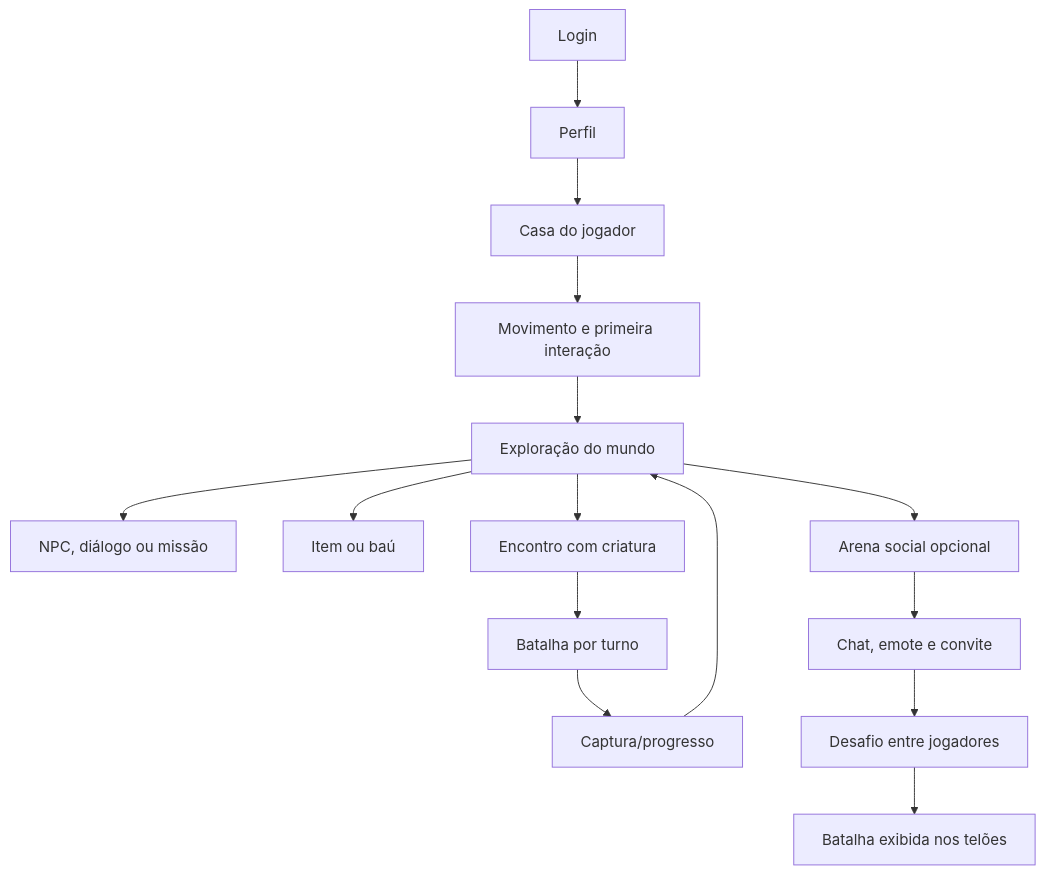
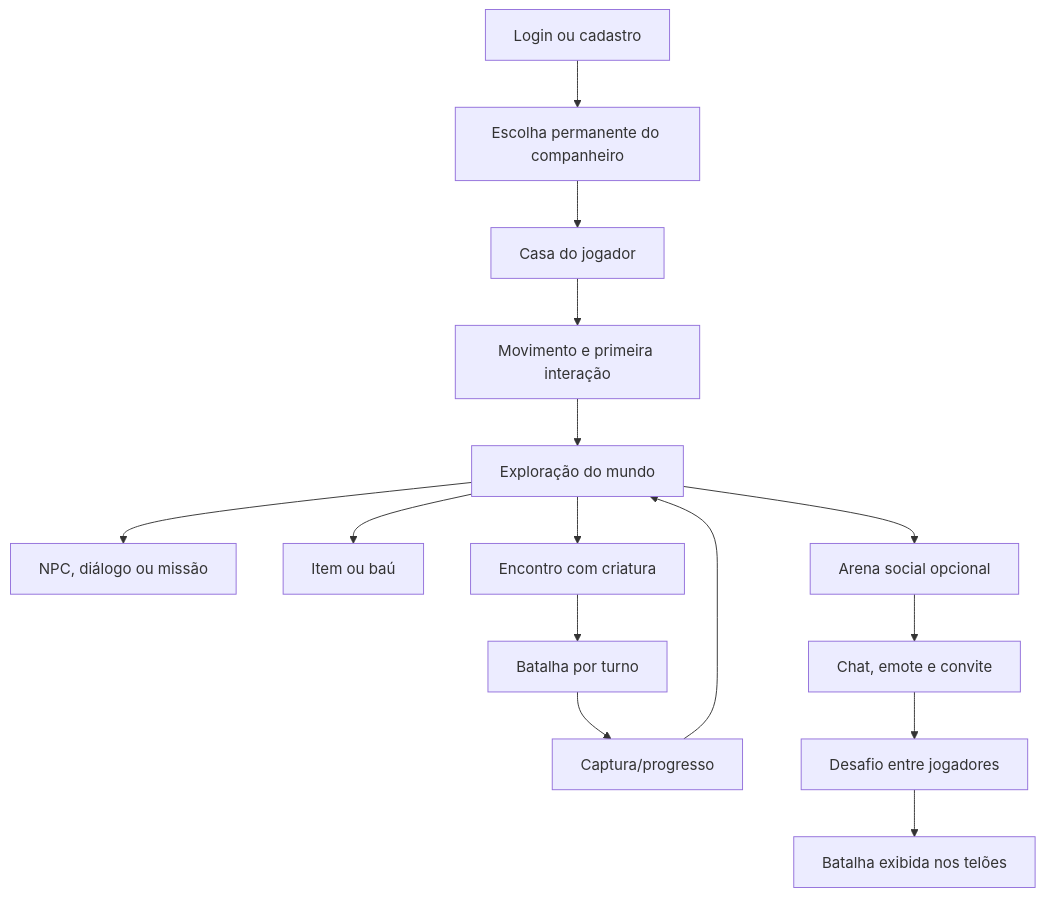
One commit to lujhe4ever/jogopokemoncnx changed the first of 2 diagrams in docs/game-design.md. Above: the diagram before and after it, drawn with Mermaid. The commit also changed other lines of this file and 19 other files, not shown here.

````diff
--- a/docs/game-design.md
+++ b/docs/game-design.md
@@ -67,17 +67,17 @@
 ```mermaid
 flowchart TD
-    LOGIN["Login"] --> PROFILE["Perfil"]
-    PROFILE --> HOME["Casa do jogador"]
+    LOGIN["Login ou cadastro"] --> STARTER["Escolha permanente do companheiro"]
+    STARTER --> HOME["Casa do jogador"]
     HOME --> TUTORIAL["Movimento e primeira interação"]
     TUTORIAL --> WORLD["Exploração do mundo"]
     WORLD --> NPC["NPC, diálogo ou missão"]
     WORLD --> LOOT["Item ou baú"]
     WORLD --> ENCOUNTER["Encontro com criatura"]
     ENCOUNTER --> BATTLE["Batalha por turno"]
     BATTLE --> CAPTURE["Captura/progresso"]
     CAPTURE --> WORLD
     WORLD --> ARENA["Arena social opcional"]
     ARENA --> SOCIAL["Chat, emote e convite"]
     SOCIAL --> PVP["Desafio entre jogadores"]
     PVP --> SCREEN["Batalha exibida nos telões"]
 ```
````
